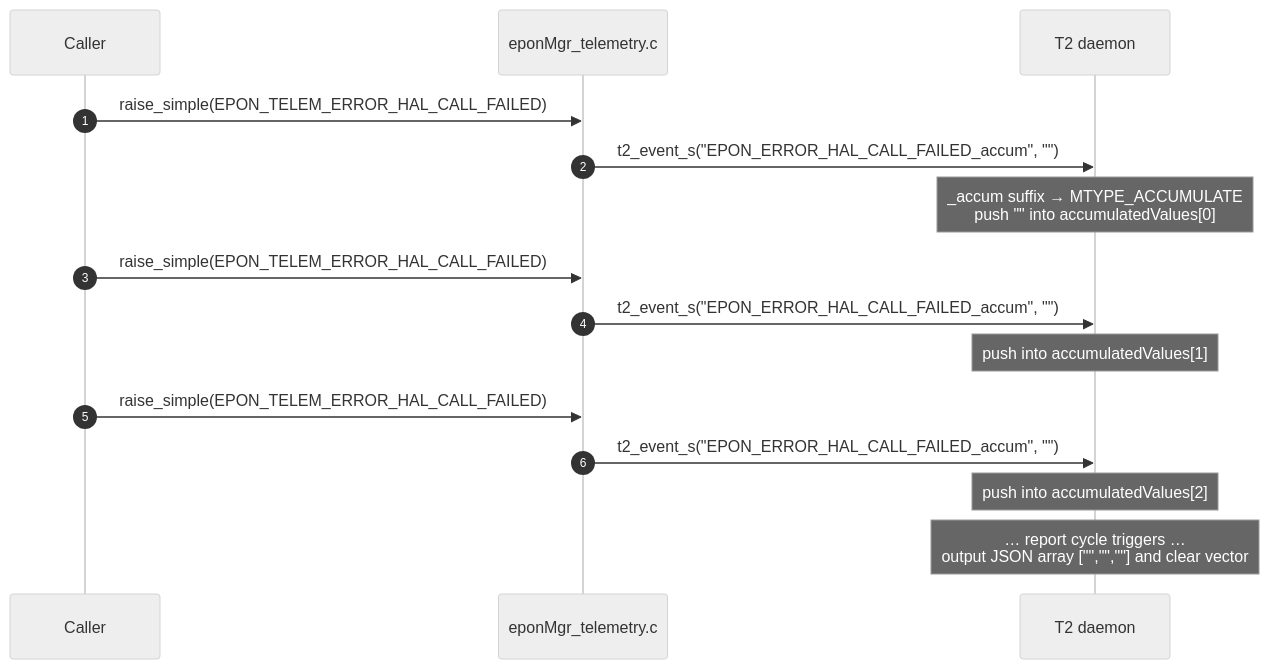
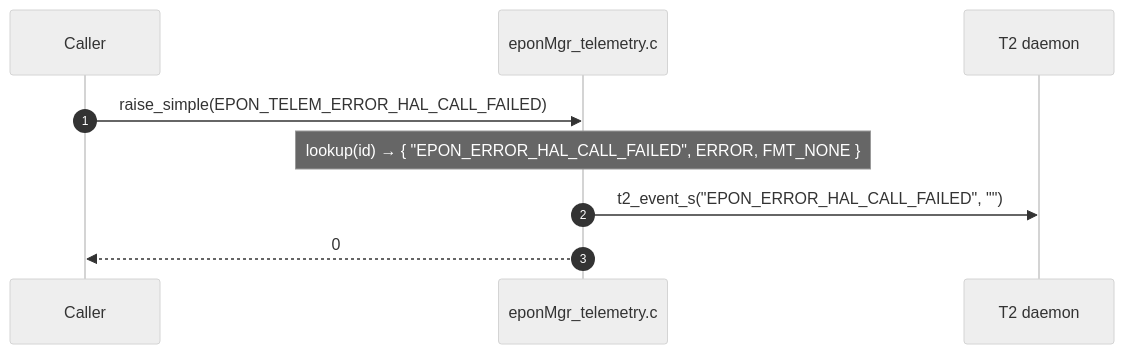
One commit to rdkcentral/epon-manager changed the fourth of 6 diagrams in design_docs/07_Telemetry_Design.md. Above: the diagram before and after it, drawn with Mermaid (neutral theme). The commit also changed other lines of this file and 4 other files, not shown here.

Commit message:
docs: update error event handling to remove _accum suffix and simplify T2 event dispatching

````diff
--- a/design_docs/07_Telemetry_Design.md
+++ b/design_docs/07_Telemetry_Design.md
@@ -241,21 +223,12 @@
 ```mermaid
 sequenceDiagram
     autonumber
     participant Caller
     participant Telem as eponMgr_telemetry.c
     participant T2 as T2 daemon
 
     Caller->>Telem: raise_simple(EPON_TELEM_ERROR_HAL_CALL_FAILED)
-    Telem->>T2: t2_event_s("EPON_ERROR_HAL_CALL_FAILED_accum", "")
-    Note over T2: _accum suffix → MTYPE_ACCUMULATE<br/>push "" into accumulatedValues[0]
-
-    Caller->>Telem: raise_simple(EPON_TELEM_ERROR_HAL_CALL_FAILED)
-    Telem->>T2: t2_event_s("EPON_ERROR_HAL_CALL_FAILED_accum", "")
-    Note over T2: push into accumulatedValues[1]
-
-    Caller->>Telem: raise_simple(EPON_TELEM_ERROR_HAL_CALL_FAILED)
-    Telem->>T2: t2_event_s("EPON_ERROR_HAL_CALL_FAILED_accum", "")
-    Note over T2: push into accumulatedValues[2]
-
-    Note over T2: … report cycle triggers …<br/>output JSON array ["","",""] and clear vector
+    Note over Telem: lookup(id) → { "EPON_ERROR_HAL_CALL_FAILED", ERROR, FMT_NONE }
+    Telem->>T2: t2_event_s("EPON_ERROR_HAL_CALL_FAILED", "")
+    Telem-->>Caller: 0
 ```
````
